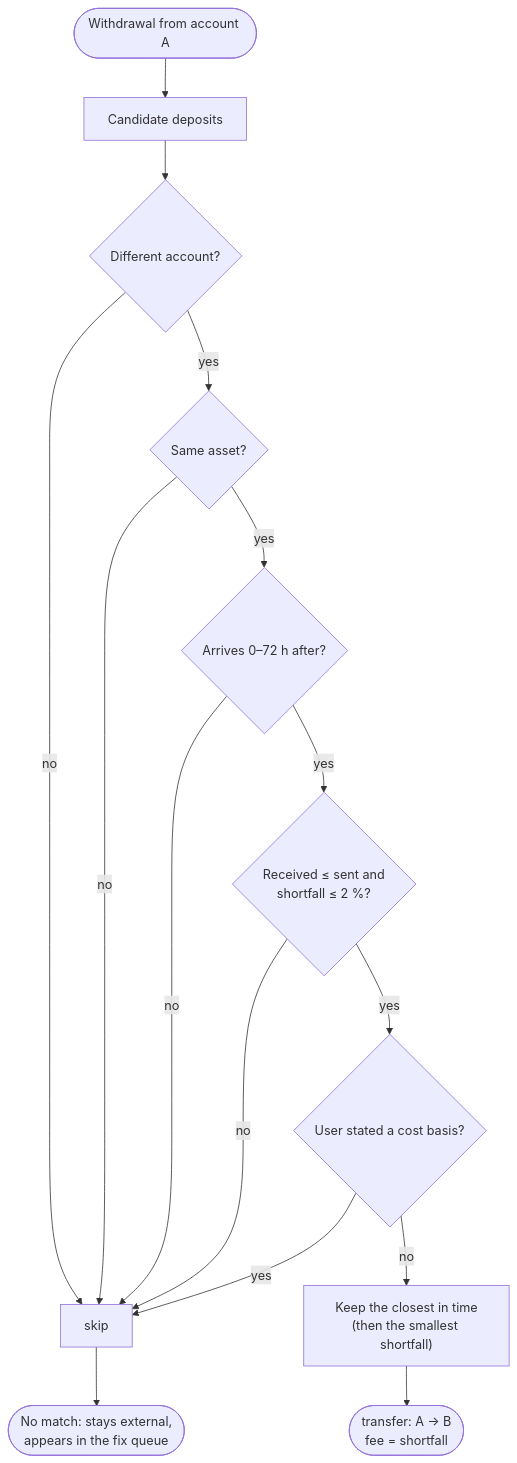
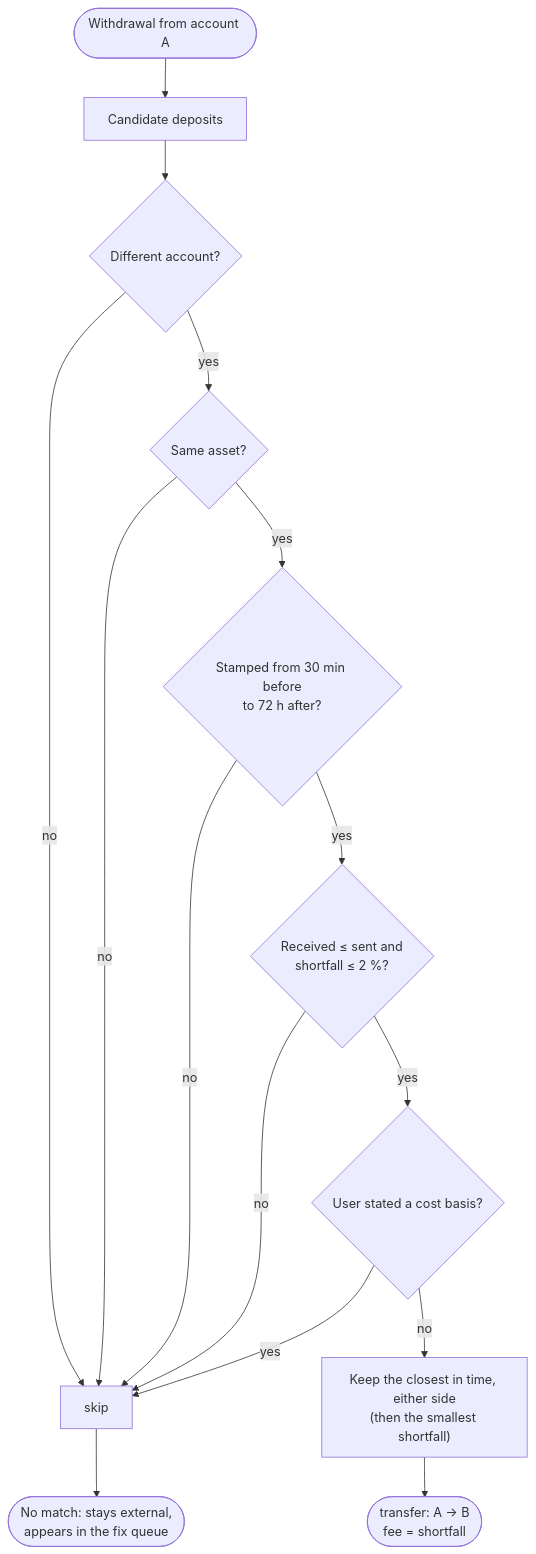
The sixth of 11 diagrams in docs/architecture/flows.md (sunveda/taxable), drawn with Mermaid before and after one commit. The commit also changed other lines of this file and 12 other files, not shown here.

````diff
--- a/docs/architecture/flows.md
+++ b/docs/architecture/flows.md
@@ -144,17 +144,17 @@
 ```mermaid
 flowchart TD
   w(["Withdrawal from account A"]) --> c["Candidate deposits"]
   c --> f1{"Different account?"}
   f1 -- no --> skip["skip"]
   f1 -- yes --> f2{"Same asset?"}
   f2 -- no --> skip
-  f2 -- yes --> f3{"Arrives 0–72 h after?"}
+  f2 -- yes --> f3{"Stamped from 30 min before<br/>to 72 h after?"}
   f3 -- no --> skip
   f3 -- yes --> f4{"Received ≤ sent and<br/>shortfall ≤ 2 %?"}
   f4 -- no --> skip
   f4 -- yes --> f5{"User stated a cost basis?"}
   f5 -- yes --> skip
-  f5 -- no --> pick["Keep the closest in time<br/>(then the smallest shortfall)"]
+  f5 -- no --> pick["Keep the closest in time, either side<br/>(then the smallest shortfall)"]
   pick --> t(["transfer: A → B<br/>fee = shortfall"])
   skip --> none(["No match: stays external,<br/>appears in the fix queue"])
 ```
````
